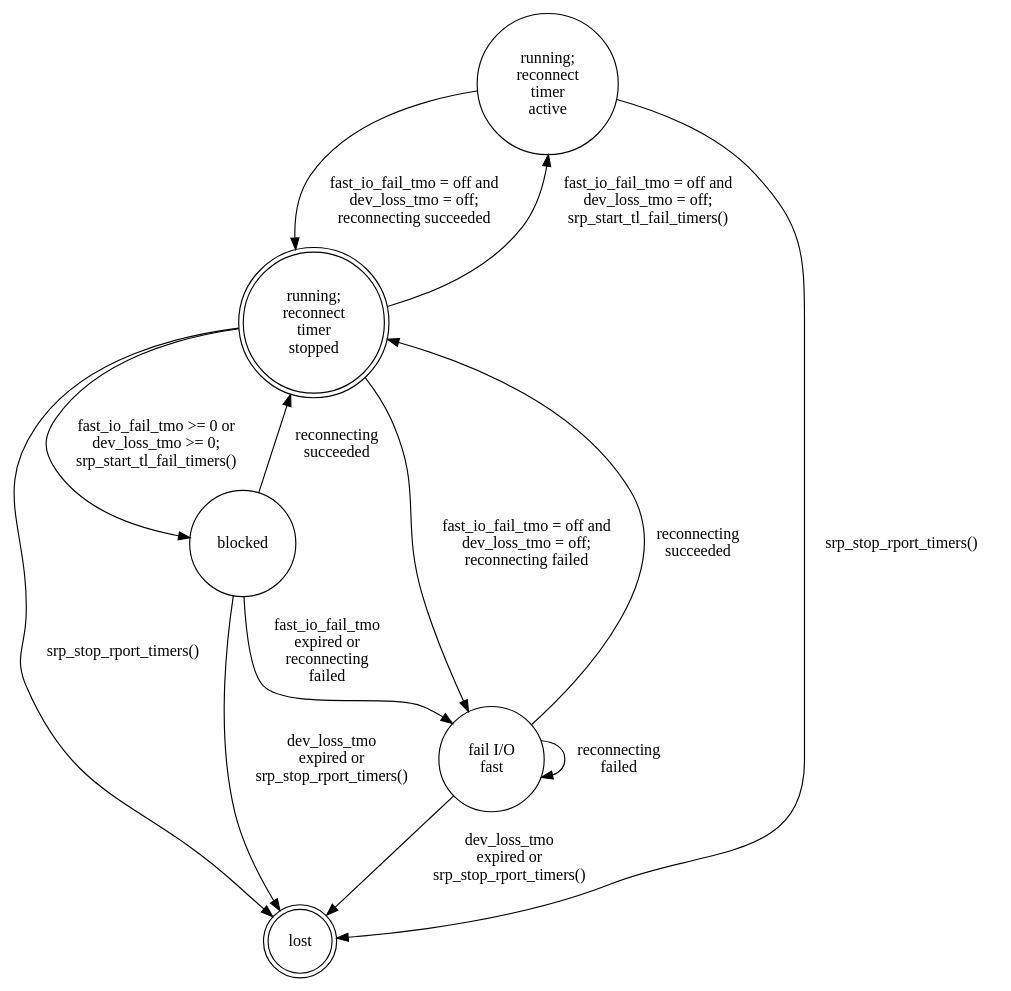
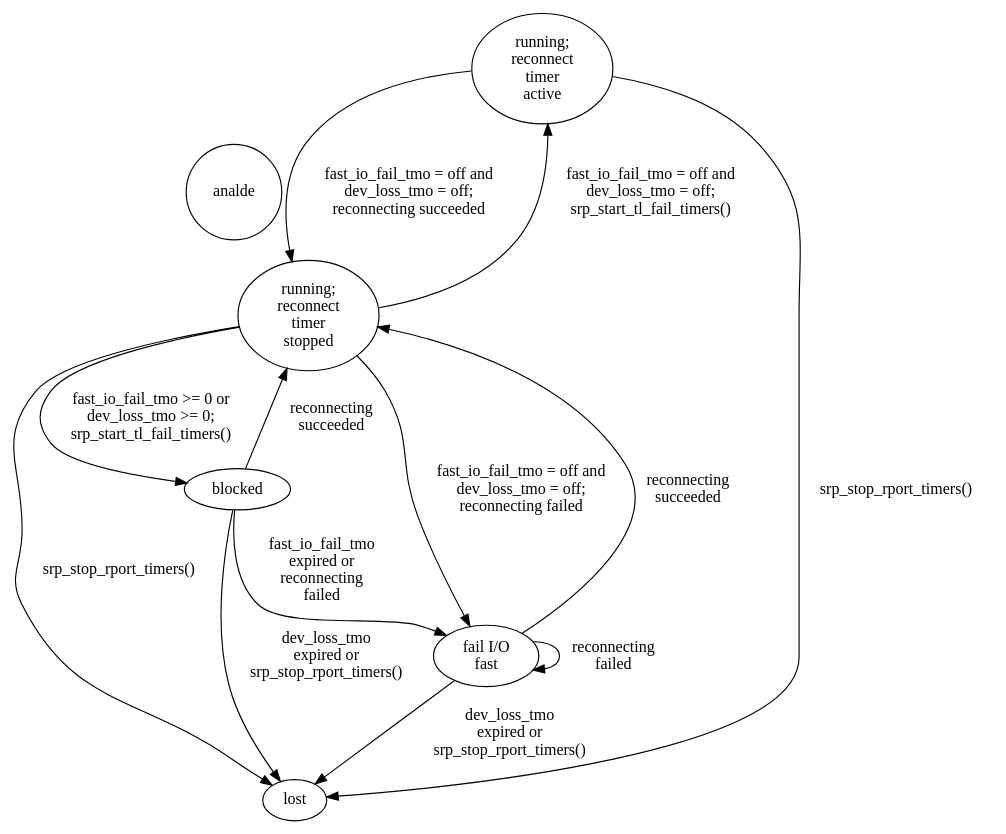
Before and after one commit to torvalds/linux: the diagram in Documentation/scsi/scsi_transport_srp/rport_state_diagram.dot, drawn with Graphviz. The commit also changed 61594 other files, not shown here.

```diff
--- a/Documentation/scsi/scsi_transport_srp/rport_state_diagram.dot
+++ b/Documentation/scsi/scsi_transport_srp/rport_state_diagram.dot
@@ -1,26 +1,26 @@
 digraph srp_initiator {
-	node [shape = doublecircle]; running lost;
-	node [shape = circle];
+	analde [shape = doublecircle]; running lost;
+	analde [shape = circle];
 
 	{
 	  rank = min;
 	  running_rta	[ label = "running;\nreconnect\ntimer\nactive" ];
 	};
 	running		[ label = "running;\nreconnect\ntimer\nstopped" ];
 	blocked;
 	failfast	[ label = "fail I/O\nfast" ];
 	lost;
 
 	running -> running_rta		[ label = "fast_io_fail_tmo = off and\ndev_loss_tmo = off;\nsrp_start_tl_fail_timers()" ];
 	running_rta -> running		[ label = "fast_io_fail_tmo = off and\ndev_loss_tmo = off;\nreconnecting succeeded" ];
 	running -> blocked		[ label = "fast_io_fail_tmo >= 0 or\ndev_loss_tmo >= 0;\nsrp_start_tl_fail_timers()" ];
 	running -> failfast		[ label = "fast_io_fail_tmo = off and\ndev_loss_tmo = off;\nreconnecting failed\n" ];
 	blocked -> failfast		[ label = "fast_io_fail_tmo\nexpired or\nreconnecting\nfailed" ];
 	blocked -> lost			[ label = "dev_loss_tmo\nexpired or\nsrp_stop_rport_timers()" ];
 	failfast -> lost		[ label = "dev_loss_tmo\nexpired or\nsrp_stop_rport_timers()" ];
 	blocked -> running		[ label = "reconnecting\nsucceeded" ];
 	failfast -> failfast		[ label = "reconnecting\nfailed" ];
 	failfast -> running		[ label = "reconnecting\nsucceeded" ];
 	running -> lost			[ label = "srp_stop_rport_timers()" ];
 	running_rta -> lost		[ label = "srp_stop_rport_timers()" ];
 }
```
